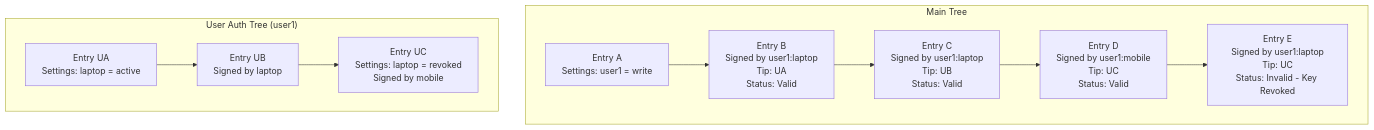
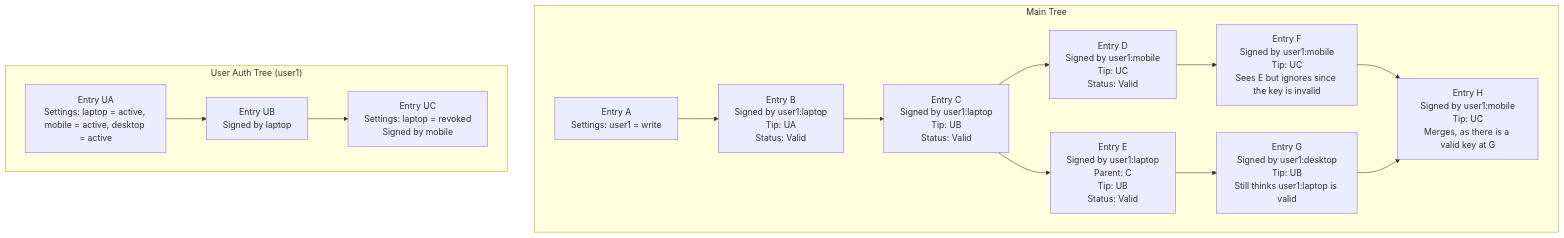
Before and after one commit to arcuru/eidetica: the sixth of 8 diagrams in docs/src/design/authentication.md, drawn with Mermaid. The commit also changed other lines of this file, not shown here.

Commit message:
docs: updating auth with 2 phases of status values

````diff
--- a/docs/src/design/authentication.md
+++ b/docs/src/design/authentication.md
@@ -450,23 +498,30 @@
 ```mermaid
 graph TD
     subgraph "Main Tree"
         A["Entry A<br/>Settings: user1 = write"]
         B["Entry B<br/>Signed by user1:laptop<br/>Tip: UA<br/>Status: Valid"]
         C["Entry C<br/>Signed by user1:laptop<br/>Tip: UB<br/>Status: Valid"]
         D["Entry D<br/>Signed by user1:mobile<br/>Tip: UC<br/>Status: Valid"]
-        E["Entry E<br/>Signed by user1:laptop<br/>Tip: UC<br/>Status: Invalid - Key Revoked"]
+        E["Entry E<br/>Signed by user1:laptop<br/>Parent: C<br/>Tip: UB<br/>Status: Valid"]
+        F["Entry F<br/>Signed by user1:mobile<br/>Tip: UC<br/>Sees E but ignores since the key is invalid"]
+        G["Entry G<br/>Signed by user1:desktop<br/>Tip: UB<br/>Still thinks user1:laptop is valid"]
+        H["Entry H<br/>Signed by user1:mobile<br/>Tip: UC<br/>Merges, as there is a valid key at G"]
     end
 
     subgraph "User Auth Tree (user1)"
-        UA["Entry UA<br/>Settings: laptop = active"]
+        UA["Entry UA<br/>Settings: laptop = active, mobile = active, desktop = active"]
         UB["Entry UB<br/>Signed by laptop"]
         UC["Entry UC<br/>Settings: laptop = revoked<br/>Signed by mobile"]
     end
 
     A --> B
     B --> C
     C --> D
-    D --> E
+    D --> F
+    C --> E
+    E --> G
+    F --> H
+    G --> H
     UA --> UB
     UB --> UC
 ```
````
